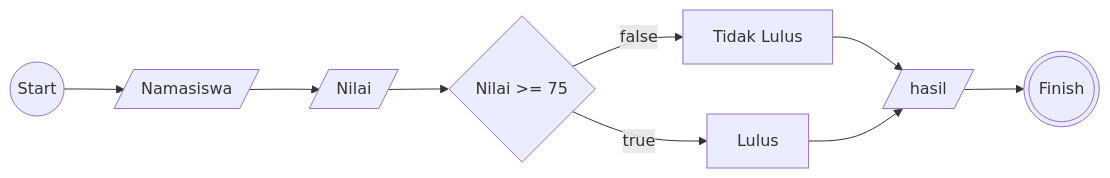
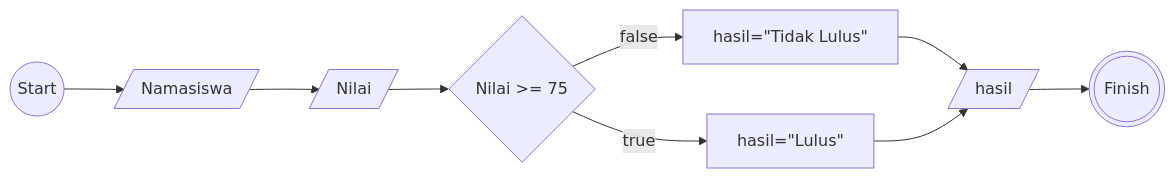
One commit to MuhammadWahyuPratama/koda-b8-algoritma changed the diagram in README.MD. Above: the diagram before and after it, drawn with Mermaid.

````diff
--- a/README.MD
+++ b/README.MD
@@ -20,23 +20,23 @@
 ```mermaid
 flowchart LR
 
 a@{shape: circle , label : "Start"}
 b@{shape: lean-r, label : "Namasiswa"}
 c@{shape: lean-r, label : "Nilai"}
 d@{shape: diamond, label: "Nilai >= 75 "}
-e@{shape: rect, label : "Lulus"}
-f@{shape: rect, label : "Tidak Lulus"}
+e@{shape: rect, label : hasil="Lulus"}
+f@{shape: rect, label : hasil="Tidak Lulus"}
 g@{shape: lean-r, label : "hasil"}
 z@{shape: dbl-circ, label : "Finish"}
 
 a-->b
 b-->c
 c-->d
 d--true-->e
 d--false-->f
 f-->g
 e-->g
 g-->z
 
 
 ```
````
